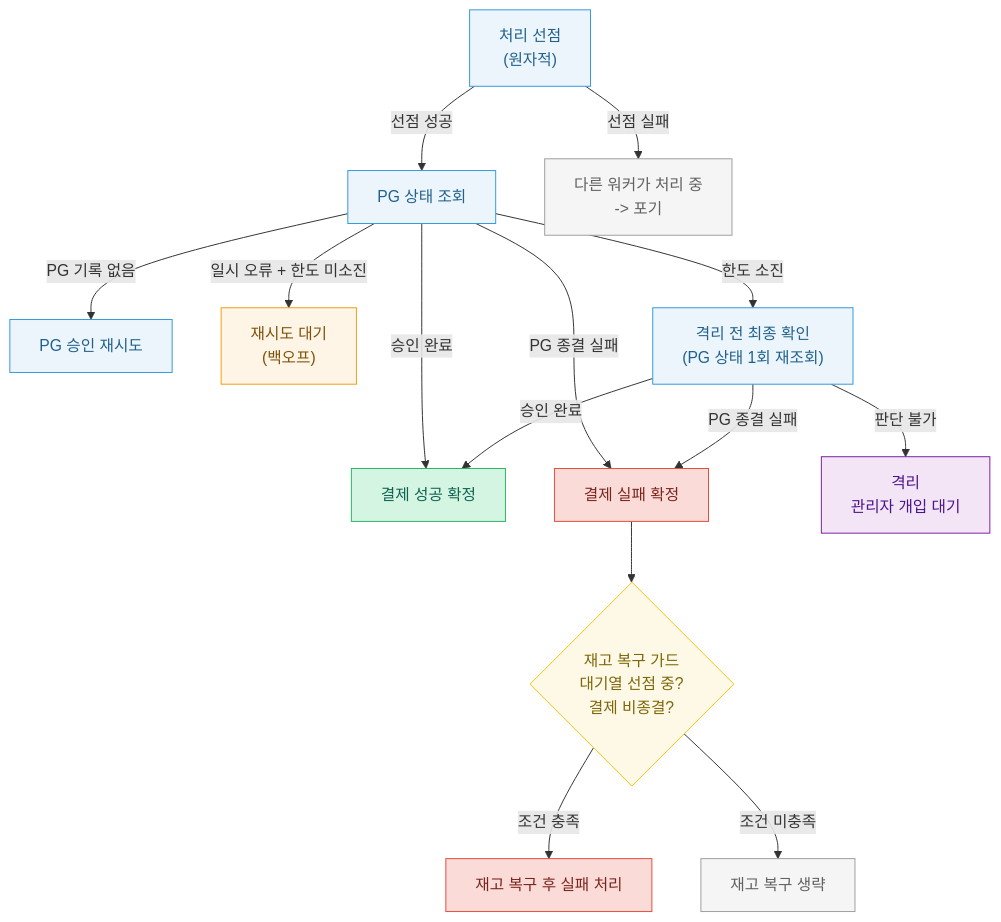
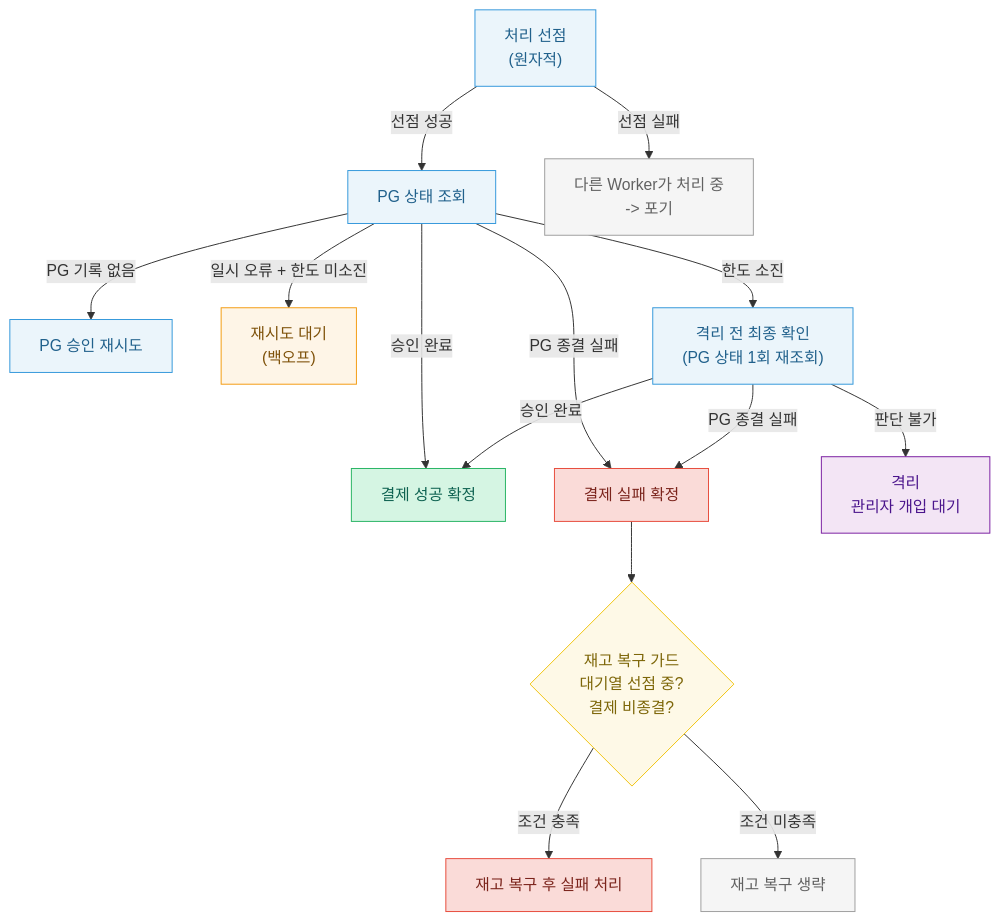
Before and after one commit to hyoguoo/payment-platform: the sixth of 9 diagrams in README.md, drawn with Mermaid. The commit also changed other lines of this file and 5 other files, not shown here.

````diff
--- a/README.md
+++ b/README.md
@@ -305,24 +305,24 @@
 ```mermaid
 flowchart TD
     classDef success fill: #D5F5E3,color: #0E6251,stroke: #28B463
     classDef retryable fill: #FEF5E7,color: #7E5109,stroke: #F39C12
     classDef failure fill: #FADBD8,color: #7B241C,stroke: #E74C3C
     classDef action fill: #EBF5FB,color: #21618C,stroke: #3498DB
     classDef quarantine fill: #F3E5F5,color: #4A148C,stroke: #7B1FA2
     classDef check fill: #FEF9E7,color: #7D6608,stroke: #F1C40F
     classDef skip fill: #F5F5F5,color: #616161,stroke: #9E9E9E
     CL["처리 선점\n(원자적)"]:::action
     CL -->|" 선점 성공 "| GS["PG 상태 조회"]:::action
-    CL -->|" 선점 실패 "| SKIP["다른 워커가 처리 중\n-> 포기"]:::skip
+    CL -->|" 선점 실패 "| SKIP["다른 Worker가 처리 중\n-> 포기"]:::skip
     GS -->|" 승인 완료 "| SUCCESS["결제 성공 확정"]:::success
     GS -->|" PG 종결 실패 "| FAILURE["결제 실패 확정"]:::failure
     GS -->|" PG 기록 없음 "| CONFIRM["PG 승인 재시도"]:::action
     GS -->|" 일시 오류 + 한도 미소진 "| RETRY["재시도 대기\n(백오프)"]:::retryable
     GS -->|" 한도 소진 "| FINAL["격리 전 최종 확인\n(PG 상태 1회 재조회)"]:::action
     FINAL -->|" 승인 완료 "| SUCCESS
     FINAL -->|" PG 종결 실패 "| FAILURE
     FINAL -->|" 판단 불가 "| QU["격리\n관리자 개입 대기"]:::quarantine
     FAILURE --> GUARD{"재고 복구 가드\n대기열 선점 중?\n결제 비종결?"}:::check
     GUARD -->|" 조건 충족 "| COMP["재고 복구 후 실패 처리"]:::failure
     GUARD -->|" 조건 미충족 "| GSKIP["재고 복구 생략"]:::skip
 ```
````
